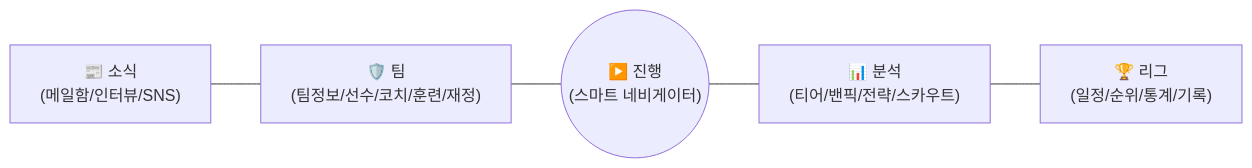
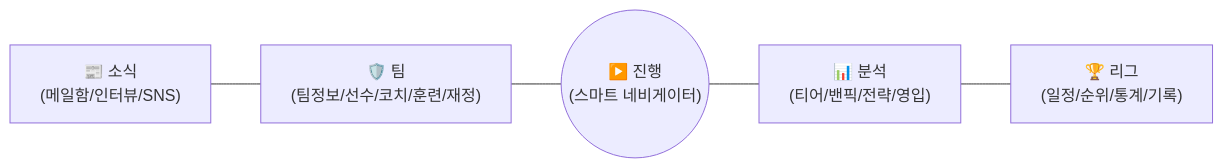
The diagram in docs/master_gdd.md (HNGRM/league-management-champions), drawn with Mermaid before and after one commit. The commit also changed other lines of this file and 9 other files, not shown here.

````diff
--- a/docs/master_gdd.md
+++ b/docs/master_gdd.md
@@ -57,7 +57,7 @@
 ```mermaid
 flowchart LR
     T1["📰 소식<br/>(메일함/인터뷰/SNS)"] --- T2["🛡️ 팀<br/>(팀정보/선수/코치/훈련/재정)"]
     T2 --- BTN(("▶️ 진행<br/>(스마트 네비게이터)"))
-    BTN --- T3["📊 분석<br/>(티어/밴픽/전략/스카우트)"]
+    BTN --- T3["📊 분석<br/>(티어/밴픽/전략/영입)"]
     T3 --- T4["🏆 리그<br/>(일정/순위/통계/기록)"]
 ```
````
